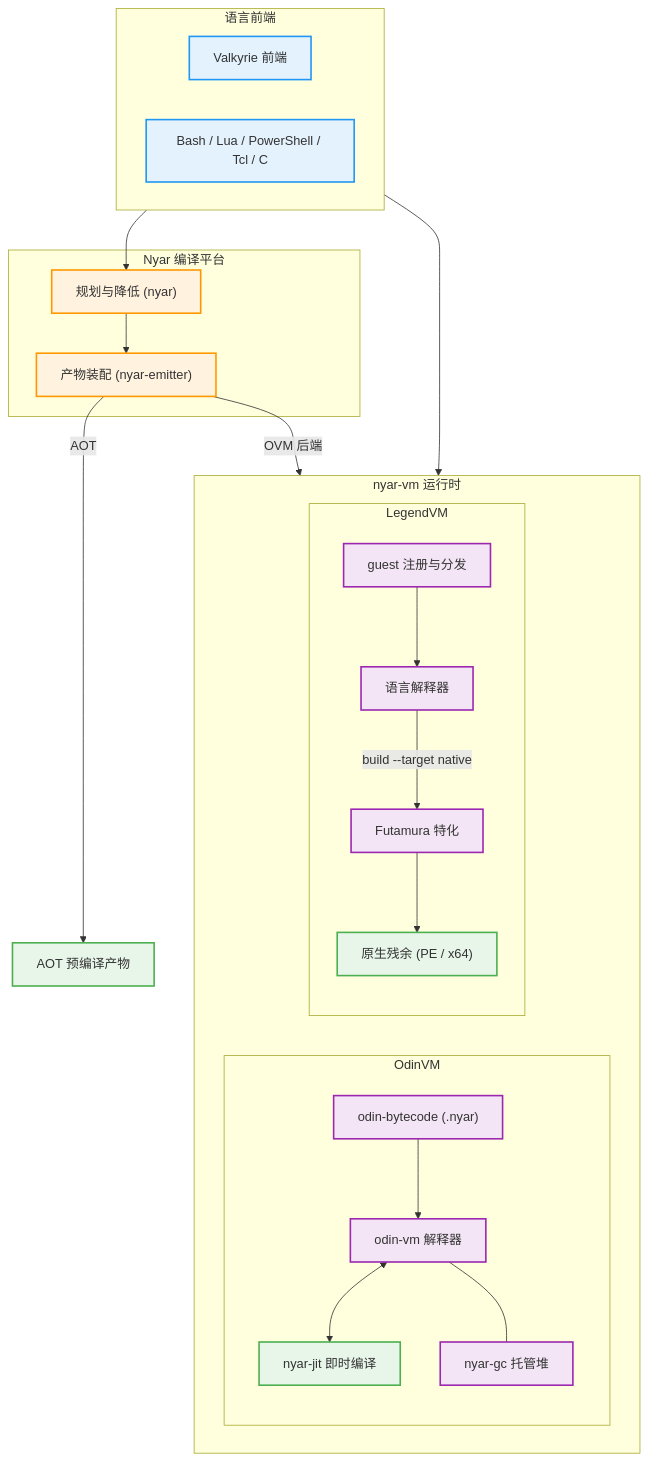
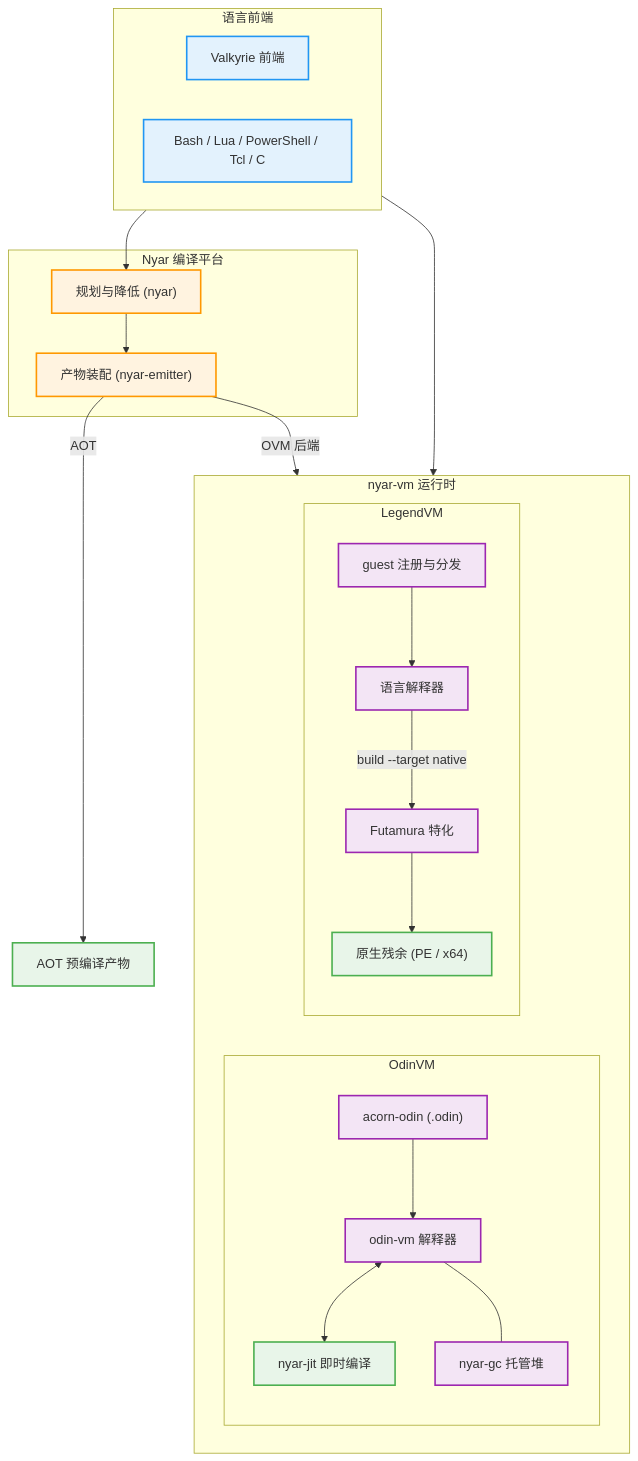
Before and after one commit to nyar-vm/nyar-vm: the first of 7 diagrams in readme.md, drawn with Mermaid. The commit also changed other lines of this file and 6 other files, not shown here.

Commit message:
📝 Point runtime and format docs at `acorn-odin`

````diff
--- a/readme.md
+++ b/readme.md
@@ -17,50 +17,50 @@
 ```mermaid
 graph TD
     classDef src fill:#e3f2fd,stroke:#2196f3,stroke-width:2px;
     classDef platform fill:#fff3e0,stroke:#ff9800,stroke-width:2px;
     classDef vm fill:#f3e5f5,stroke:#9c27b0,stroke-width:2px;
     classDef engine fill:#e8f5e9,stroke:#4caf50,stroke-width:2px;
 
     subgraph Frontends ["语言前端"]
         direction LR
         V["Valkyrie 前端"]:::src
         H["Bash / Lua / PowerShell / Tcl / C"]:::src
     end
 
     subgraph Platform ["Nyar 编译平台"]
         PLAN["规划与降低 (nyar)"]:::platform
         EMIT["产物装配 (nyar-emitter)"]:::platform
     end
 
     subgraph Runtimes ["nyar-vm 运行时"]
         direction LR
         subgraph Odin ["OdinVM"]
             direction TB
-            BYTECODE["odin-bytecode (.nyar)"]:::vm
+            BYTECODE["acorn-odin (.odin)"]:::vm
             OVM["odin-vm 解释器"]:::vm
             JIT["nyar-jit 即时编译"]:::engine
             GC["nyar-gc 托管堆"]:::vm
         end
         subgraph Legend ["LegendVM"]
             direction TB
             GUEST["guest 注册与分发"]:::vm
             INTERP["语言解释器"]:::vm
             PE["Futamura 特化"]:::vm
             NATIVE["原生残余 (PE / x64)"]:::engine
         end
     end
 
     AOT["AOT 预编译产物"]:::engine
 
     V --> PLAN
     PLAN --> EMIT
     EMIT -->|OVM 后端| BYTECODE
     EMIT -->|AOT| AOT
     BYTECODE --> OVM
     OVM <--> JIT
     OVM --- GC
     H --> GUEST
     GUEST --> INTERP
     INTERP -->|build --target native| PE
     PE --> NATIVE
 ```
````
